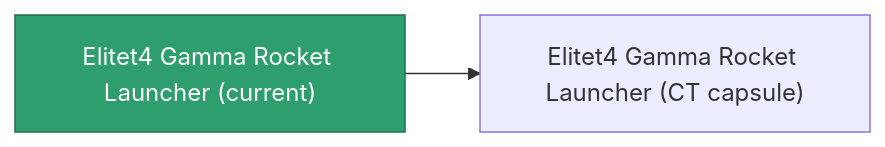
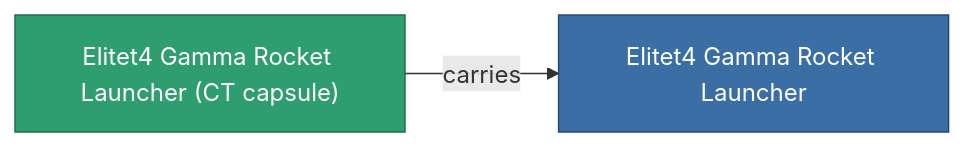
The diagram in content/content/items/elitet4_gamma_rocket_launcher.md (OpenPerpetuum/Wiki), drawn with Mermaid before and after one commit. The commit also changed other lines of this file and 2015 other files, not shown here.

````diff
--- a/content/content/items/elitet4_gamma_rocket_launcher.md
+++ b/content/content/items/elitet4_gamma_rocket_launcher.md
@@ -37,8 +37,9 @@
 ```mermaid
 graph LR
-    a["Elitet4 Gamma Rocket Launcher (current)"]:::current
-    b["Elitet4 Gamma Rocket Launcher (CT capsule)"]
-    a --> b
-    click b "/content/items/elitet4-gamma-rocket-launcher-ct-capsule/" "Elitet4 Gamma Rocket Launcher (CT capsule)"
+    a["Elitet4 Gamma Rocket Launcher (CT capsule)"]:::current
+    b["Elitet4 Gamma Rocket Launcher"]:::finished
+    a -->|carries| b
+                click b "/content/items/elitet4-gamma-rocket-launcher/" "Elitet4 Gamma Rocket Launcher"
     classDef current fill:#2f9e6f,stroke:#1f6f4a,color:#ffffff
+    classDef finished fill:#3b6ea5,stroke:#274a75,color:#ffffff
 ```
````
